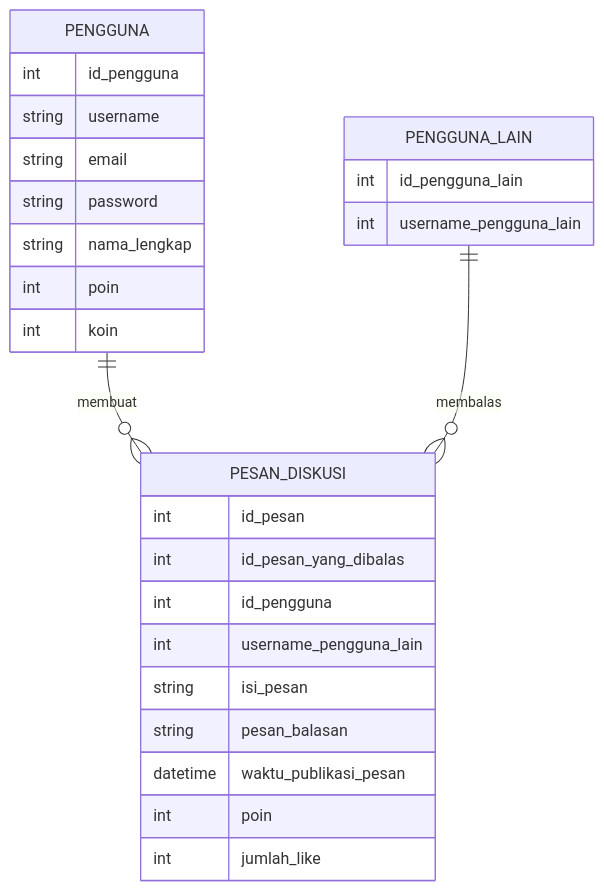
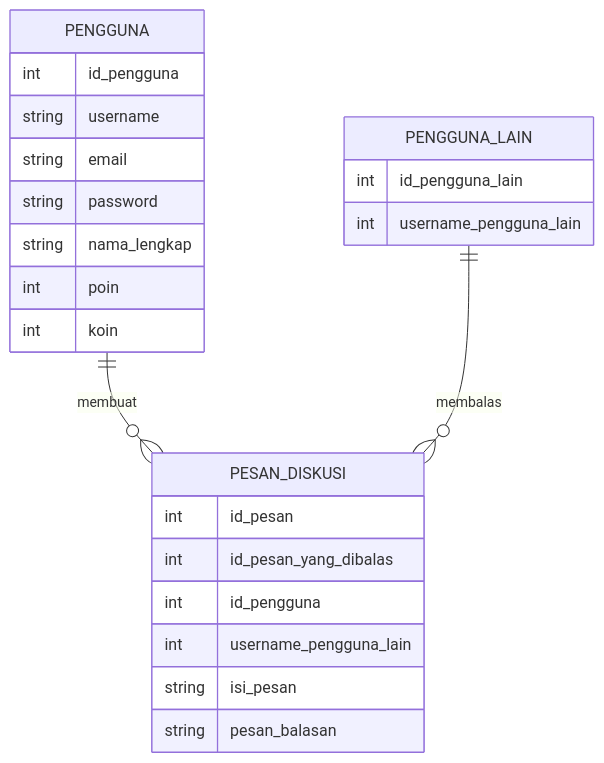
Before and after one commit to fahrizap/Kodein: the diagram in job interview.MD, drawn with Mermaid.

Commit message:
Update job interview.MD

````diff
--- a/job interview.MD
+++ b/job interview.MD
@@ -20,30 +20,27 @@
 ```mermaid
 erDiagram
   PENGGUNA {
     int id_pengguna
     string username
     string email
     string password
     string nama_lengkap
     int poin
     int koin
   }
   PENGGUNA ||--o{ PESAN_DISKUSI : membuat
   PESAN_DISKUSI {
     int id_pesan
     int id_pesan_yang_dibalas
     int id_pengguna 
     int username_pengguna_lain
     string isi_pesan
     string pesan_balasan
-    datetime waktu_publikasi_pesan
-    int poin
-    int jumlah_like
   }
   
   PENGGUNA_LAIN ||--o{ PESAN_DISKUSI : membalas
   PENGGUNA_LAIN {
     int id_pengguna_lain
     int username_pengguna_lain
   }
 ```
````
